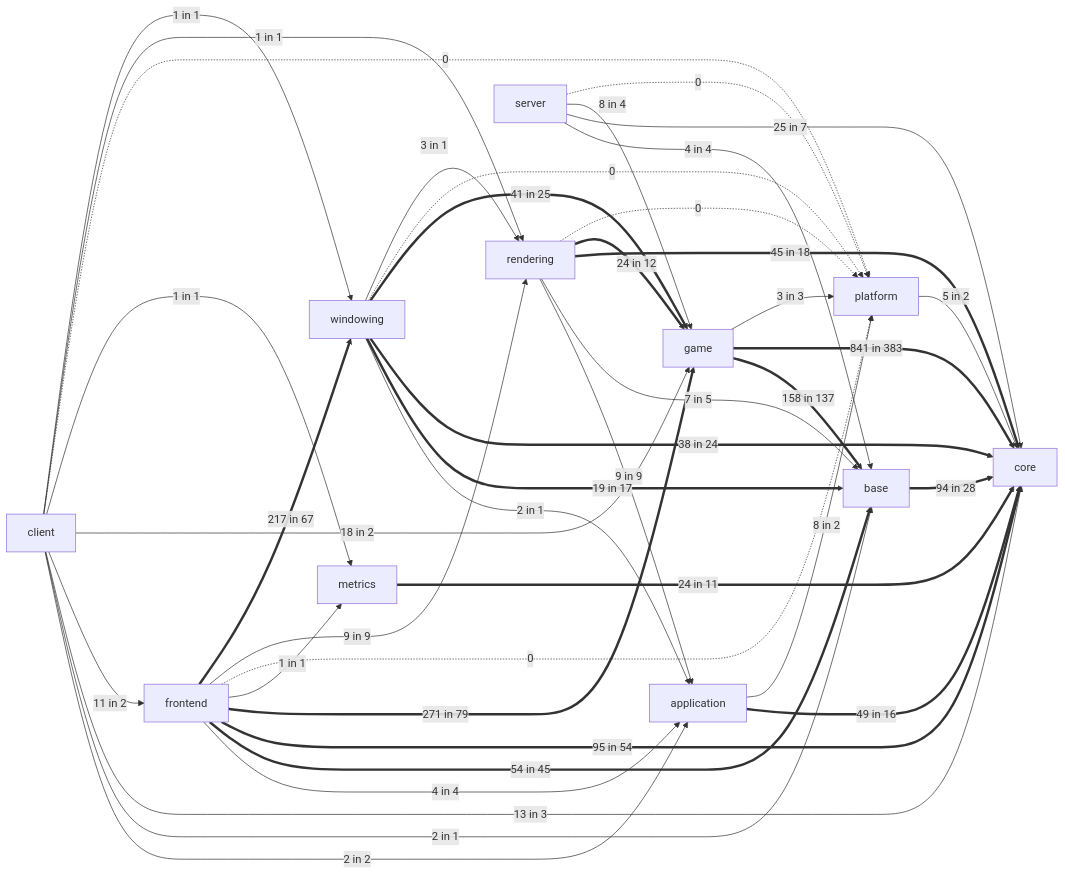
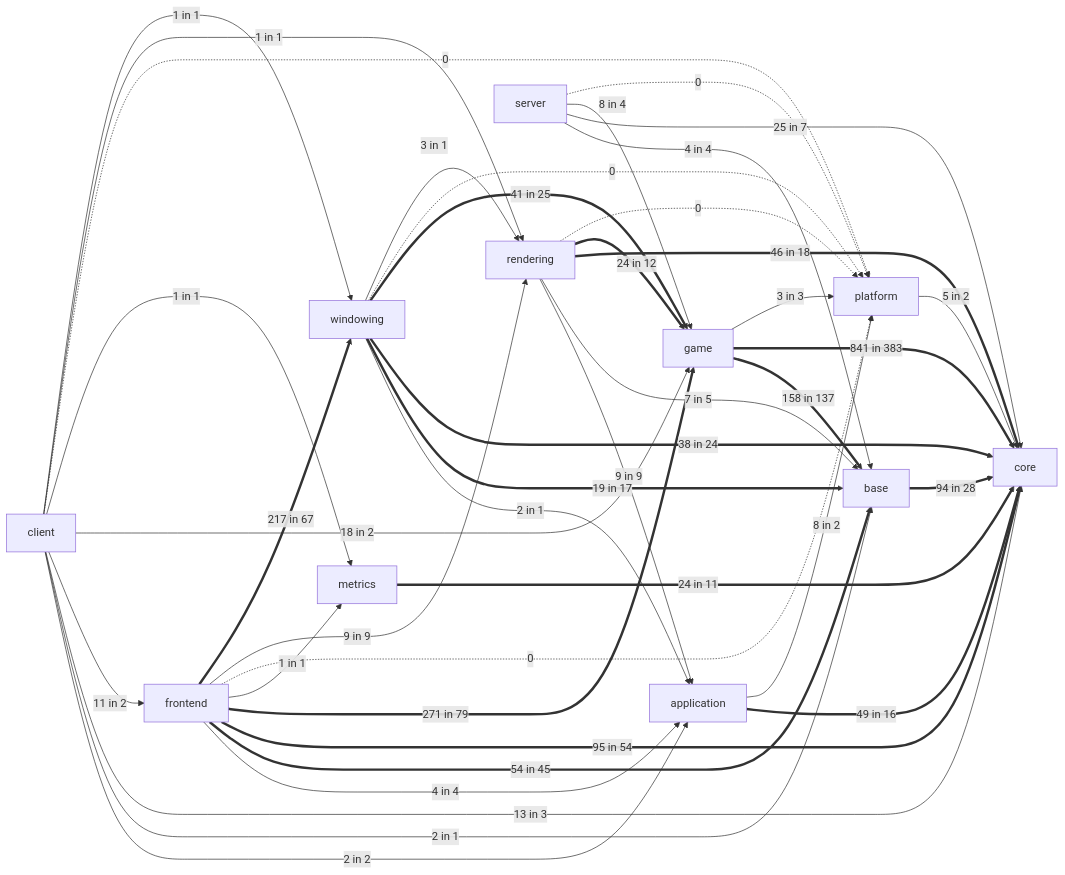
The fifth of 11 diagrams in docs/architecture/system-boundaries.md (apnex/OpenStarbound), drawn with Mermaid before and after one commit. The commit also changed other lines of this file and 3 other files, not shown here.

````diff
--- a/docs/architecture/system-boundaries.md
+++ b/docs/architecture/system-boundaries.md
@@ -407,43 +407,43 @@
 ```mermaid
 flowchart LR
   base ==>|94 in 28| core
   metrics ==>|24 in 11| core
   platform -->|5 in 2| core
   application ==>|49 in 16| core
   application -->|8 in 2| platform
   game ==>|158 in 137| base
   game ==>|841 in 383| core
   game -->|3 in 3| platform
   rendering -->|9 in 9| application
   rendering -->|7 in 5| base
-  rendering ==>|45 in 18| core
+  rendering ==>|46 in 18| core
   rendering ==>|24 in 12| game
   rendering -.->|0| platform
   windowing -->|2 in 1| application
   windowing ==>|19 in 17| base
   windowing ==>|38 in 24| core
   windowing ==>|41 in 25| game
   windowing -.->|0| platform
   windowing -->|3 in 1| rendering
   frontend -->|4 in 4| application
   frontend ==>|54 in 45| base
   frontend ==>|95 in 54| core
   frontend ==>|271 in 79| game
   frontend -->|1 in 1| metrics
   frontend -.->|0| platform
   frontend -->|9 in 9| rendering
   frontend ==>|217 in 67| windowing
   client -->|2 in 2| application
   client -->|2 in 1| base
   client -->|13 in 3| core
   client -->|11 in 2| frontend
   client -->|18 in 2| game
   client -->|1 in 1| metrics
   client -.->|0| platform
   client -->|1 in 1| rendering
   client -->|1 in 1| windowing
   server -->|4 in 4| base
   server -->|25 in 7| core
   server -->|8 in 4| game
   server -.->|0| platform
 ```
````
